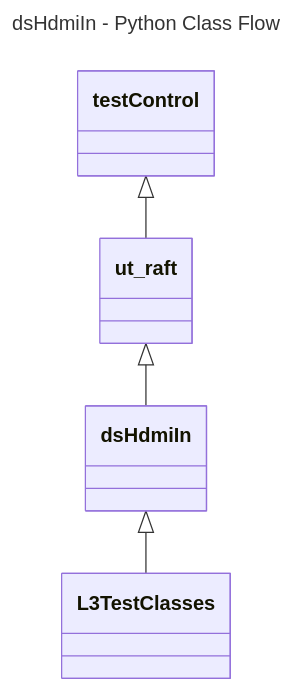
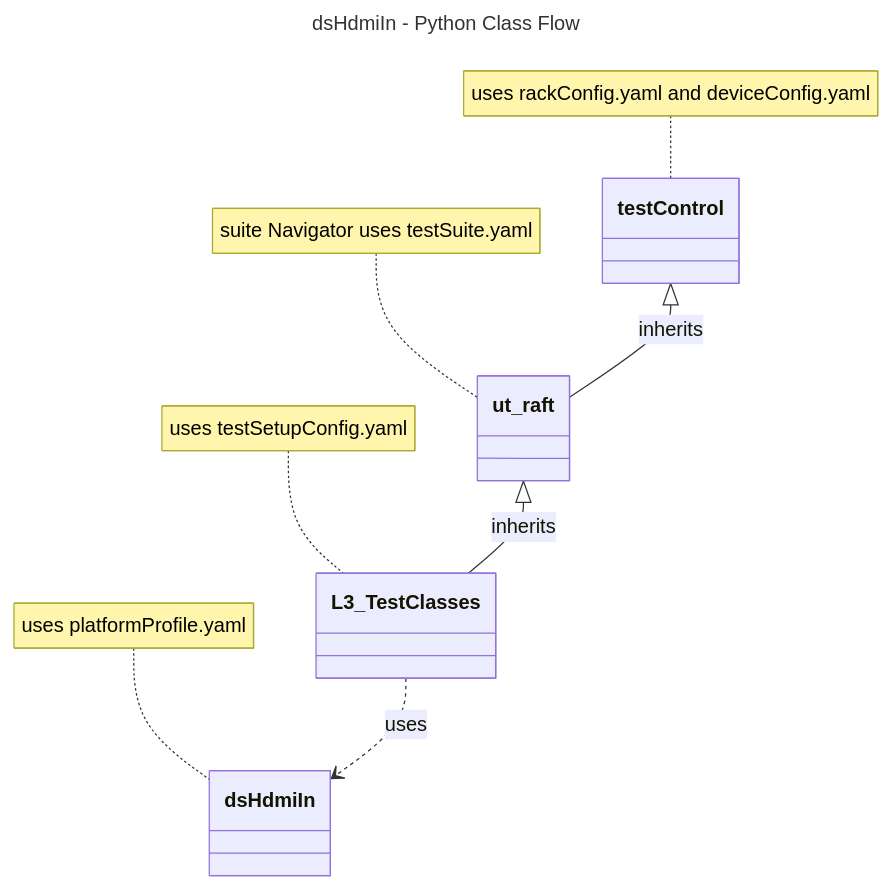
The diagram in docs/pages/dsHDMIIn/ds-Hdmi-In_L3_Low-Level_TestSpecification.md (rdkcentral/rdk-halif-test-device_settings), drawn with Mermaid before and after one commit. The commit also changed other lines of this file, not shown here.

Commit message:
gh #171 Hdmi In L3 high level spec review comments addressal.

````diff
--- a/docs/pages/dsHDMIIn/ds-Hdmi-In_L3_Low-Level_TestSpecification.md
+++ b/docs/pages/dsHDMIIn/ds-Hdmi-In_L3_Low-Level_TestSpecification.md
@@ -69,11 +69,15 @@
 ```mermaid
 ---
 title: dsHdmiIn - Python Class Flow
 ---
 classDiagram
-    testControl <|-- ut_raft
+    testControl <|-- ut_raft : inherits
     class ut_raft{
     }
-    ut_raft <|-- dsHdmiIn
-    dsHdmiIn <|-- L3TestClasses
+    ut_raft <|-- L3_TestClasses : inherits
+    L3_TestClasses ..> dsHdmiIn : uses
+    note for testControl "uses rackConfig.yaml and deviceConfig.yaml"
+    note for dsHdmiIn "uses platformProfile.yaml"
+    note for L3_TestClasses "uses testSetupConfig.yaml"
+    note for ut_raft "suite Navigator uses testSuite.yaml"
 ```
````
